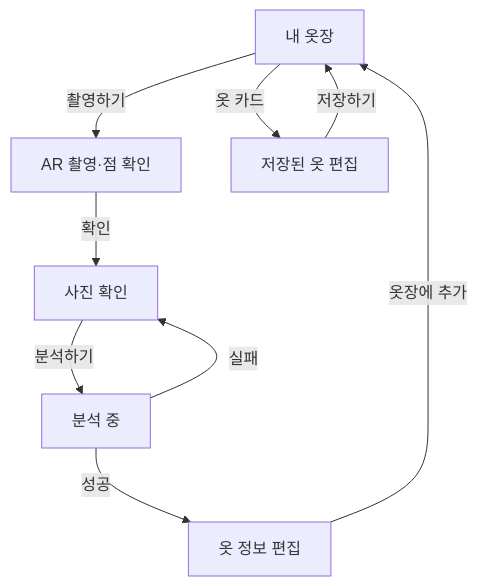
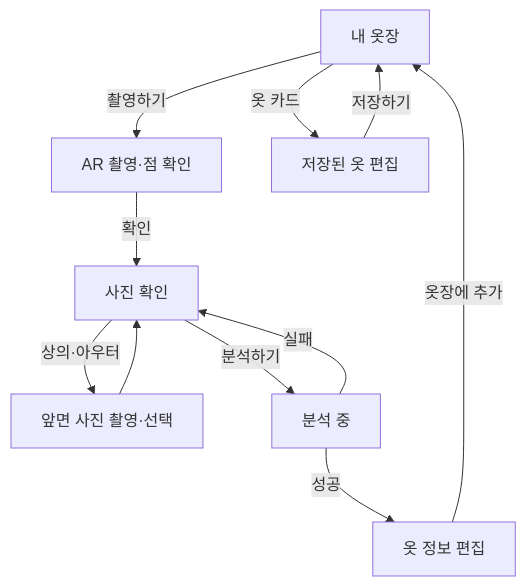
One commit to snuhcs-course/swpp-2026-project-team-14 changed the diagram in docs/wardrobe/design.md. Above: the diagram before and after it, drawn with Mermaid. The commit also changed other lines of this file and 15 other files, not shown here.

````diff
--- a/docs/wardrobe/design.md
+++ b/docs/wardrobe/design.md
@@ -13,11 +13,13 @@
 ```mermaid
 flowchart TD
     A[내 옷장] -->|촬영하기| B[AR 촬영·점 확인]
     B -->|확인| C[사진 확인]
+    C -->|상의·아우터| G[앞면 사진 촬영·선택]
+    G --> C
     C -->|분석하기| D[분석 중]
     D -->|성공| E[옷 정보 편집]
     D -->|실패| C
     E -->|옷장에 추가| A
     A -->|옷 카드| F[저장된 옷 편집]
     F -->|저장하기| A
 ```
````
